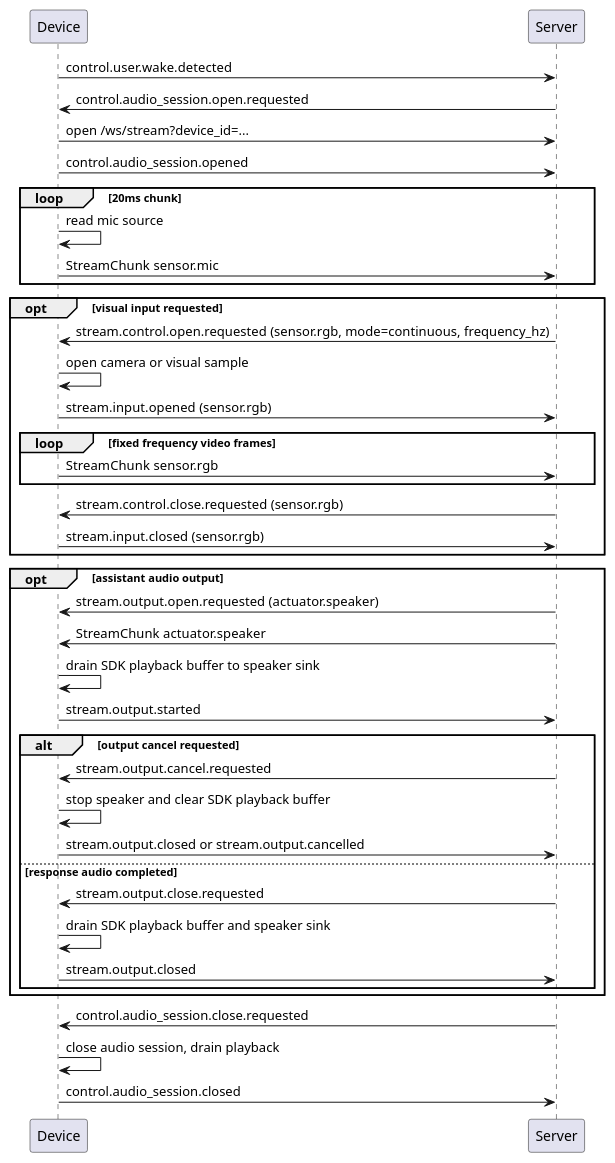
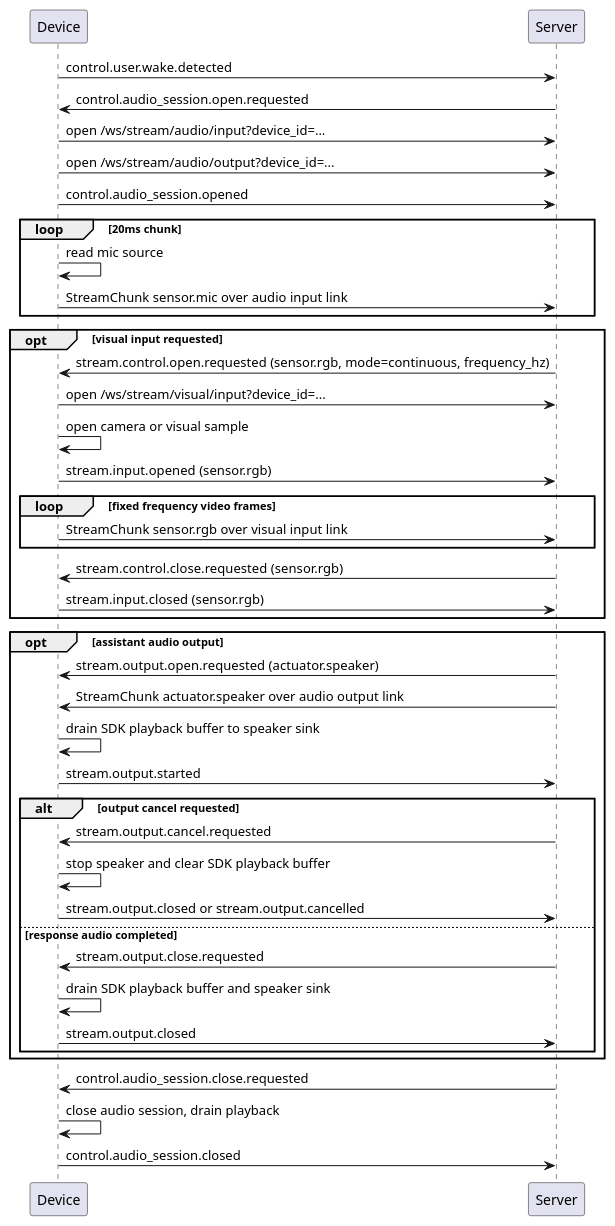
Before and after one commit to HengeLiu/RealtimeAgent: the second of 3 diagrams in docs/reference/device-event-behavior.md, drawn with PlantUML. The commit also changed other lines of this file and 4 other files, not shown here.

````diff
--- a/docs/reference/device-event-behavior.md
+++ b/docs/reference/device-event-behavior.md
@@ -143,43 +149,45 @@
 ```plantuml
 @startuml
 participant Device
 participant Server
 
 Device -> Server: control.user.wake.detected
 Server -> Device: control.audio_session.open.requested
-Device -> Server: open /ws/stream?device_id=...
+Device -> Server: open /ws/stream/audio/input?device_id=...
+Device -> Server: open /ws/stream/audio/output?device_id=...
 Device -> Server: control.audio_session.opened
 loop 20ms chunk
   Device -> Device: read mic source
-  Device -> Server: StreamChunk sensor.mic
+  Device -> Server: StreamChunk sensor.mic over audio input link
 end
 opt visual input requested
   Server -> Device: stream.control.open.requested (sensor.rgb, mode=continuous, frequency_hz)
+  Device -> Server: open /ws/stream/visual/input?device_id=...
   Device -> Device: open camera or visual sample
   Device -> Server: stream.input.opened (sensor.rgb)
   loop fixed frequency video frames
-    Device -> Server: StreamChunk sensor.rgb
+    Device -> Server: StreamChunk sensor.rgb over visual input link
   end
   Server -> Device: stream.control.close.requested (sensor.rgb)
   Device -> Server: stream.input.closed (sensor.rgb)
 end
 opt assistant audio output
   Server -> Device: stream.output.open.requested (actuator.speaker)
-  Server -> Device: StreamChunk actuator.speaker
+  Server -> Device: StreamChunk actuator.speaker over audio output link
   Device -> Device: drain SDK playback buffer to speaker sink
   Device -> Server: stream.output.started
   alt output cancel requested
     Server -> Device: stream.output.cancel.requested
     Device -> Device: stop speaker and clear SDK playback buffer
     Device -> Server: stream.output.closed or stream.output.cancelled
   else response audio completed
     Server -> Device: stream.output.close.requested
     Device -> Device: drain SDK playback buffer and speaker sink
     Device -> Server: stream.output.closed
   end
 end
 Server -> Device: control.audio_session.close.requested
 Device -> Device: close audio session, drain playback
 Device -> Server: control.audio_session.closed
 @enduml
 ```
````
